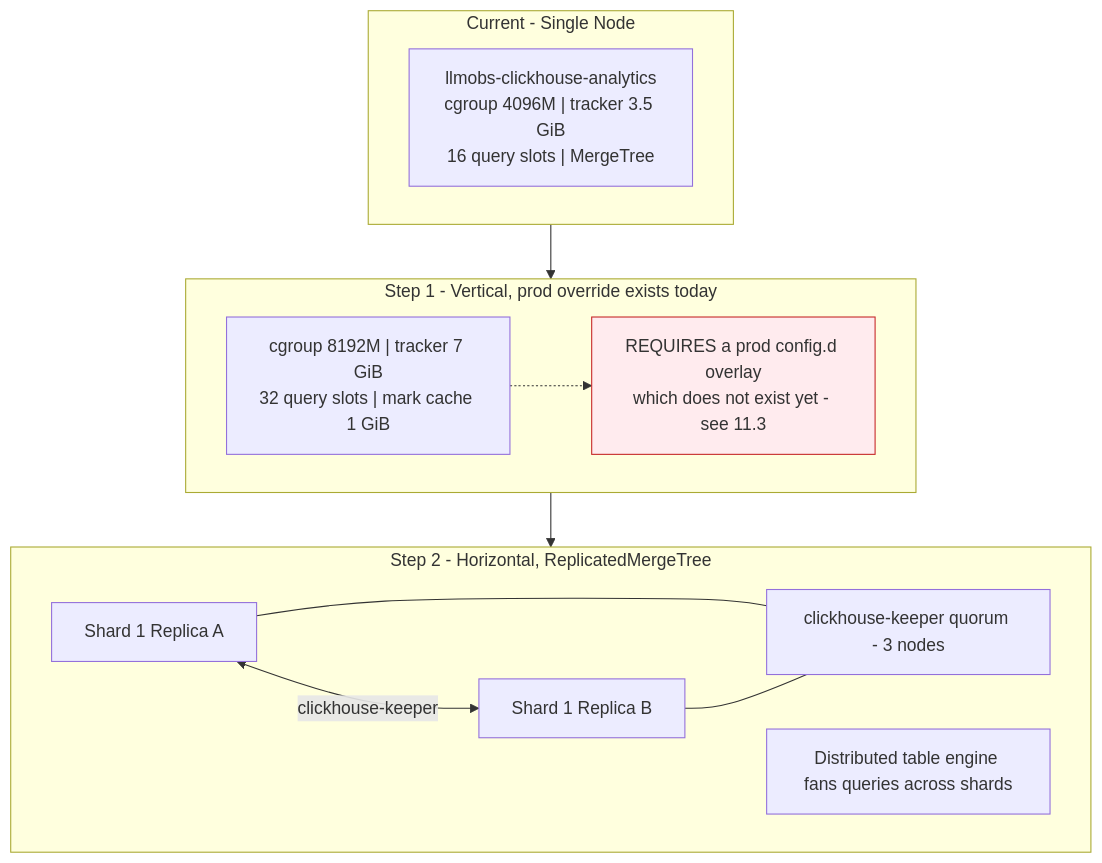
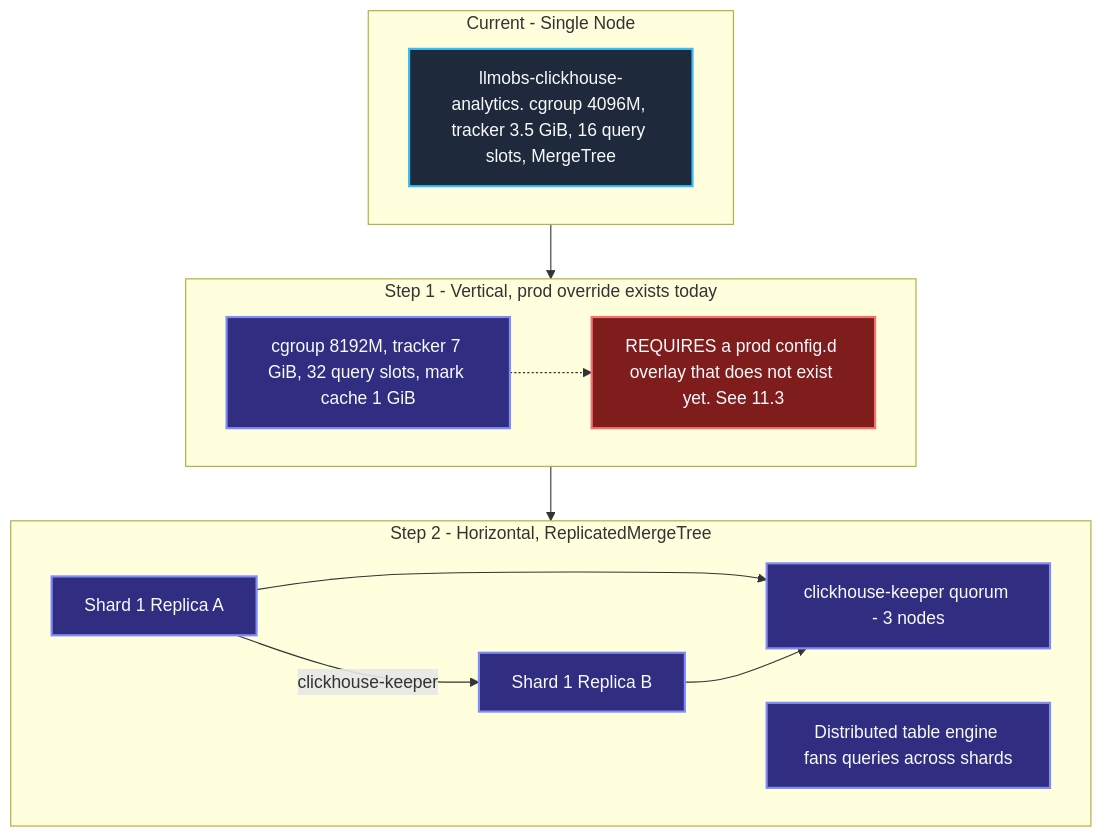
Before and after one commit to Chief-Strategist-J/llm-obs-infra: diagram 17 of 17 in docs/configDoc/clickhouse-configuration-guide.md, drawn with Mermaid. The commit also changed other lines of this file, not shown here.

First line of the commit message:
fix(clickhouse-docs): repair Mermaid rendering, colour all diagrams, strip pseudocode comments

````diff
--- a/docs/configDoc/clickhouse-configuration-guide.md
+++ b/docs/configDoc/clickhouse-configuration-guide.md
@@ -1821,24 +1966,31 @@
 ```mermaid
 graph TB
     subgraph Current ["Current - Single Node"]
-        S1["llmobs-clickhouse-analytics<br/>cgroup 4096M | tracker 3.5 GiB<br/>16 query slots | MergeTree"]
+        S1["llmobs-clickhouse-analytics. cgroup 4096M, tracker 3.5 GiB, 16 query slots, MergeTree"]
     end
 
     subgraph Vertical ["Step 1 - Vertical, prod override exists today"]
-        V1["cgroup 8192M | tracker 7 GiB<br/>32 query slots | mark cache 1 GiB"]
-        V2["REQUIRES a prod config.d overlay<br/>which does not exist yet - see 11.3"]
+        V1["cgroup 8192M, tracker 7 GiB, 32 query slots, mark cache 1 GiB"]
+        V2["REQUIRES a prod config.d overlay that does not exist yet. See 11.3"]
         V1 -.-> V2
     end
 
     subgraph Horizontal ["Step 2 - Horizontal, ReplicatedMergeTree"]
-        H1["Shard 1 Replica A"] <-->|clickhouse-keeper| H2["Shard 1 Replica B"]
+        H1["Shard 1 Replica A"] -->|clickhouse-keeper| H2["Shard 1 Replica B"]
         H3["clickhouse-keeper quorum - 3 nodes"]
-        H1 --- H3
-        H2 --- H3
+        H1 --> H3
+        H2 --> H3
         H4["Distributed table engine fans queries across shards"]
     end
 
-    Current --> Vertical --> Horizontal
+    Current --> Vertical
+    Vertical --> Horizontal
 
-    style V2 fill:#ffebee,stroke:#c62828
+    style S1 fill:#1e293b,stroke:#38bdf8,stroke-width:2px,color:#f8fafc
+    style V1 fill:#312e81,stroke:#818cf8,stroke-width:2px,color:#f8fafc
+    style H1 fill:#312e81,stroke:#818cf8,stroke-width:2px,color:#f8fafc
+    style H2 fill:#312e81,stroke:#818cf8,stroke-width:2px,color:#f8fafc
+    style H3 fill:#312e81,stroke:#818cf8,stroke-width:2px,color:#f8fafc
+    style H4 fill:#312e81,stroke:#818cf8,stroke-width:2px,color:#f8fafc
+    style V2 fill:#7f1d1d,stroke:#f87171,stroke-width:2px,color:#f8fafc
 ```
````
